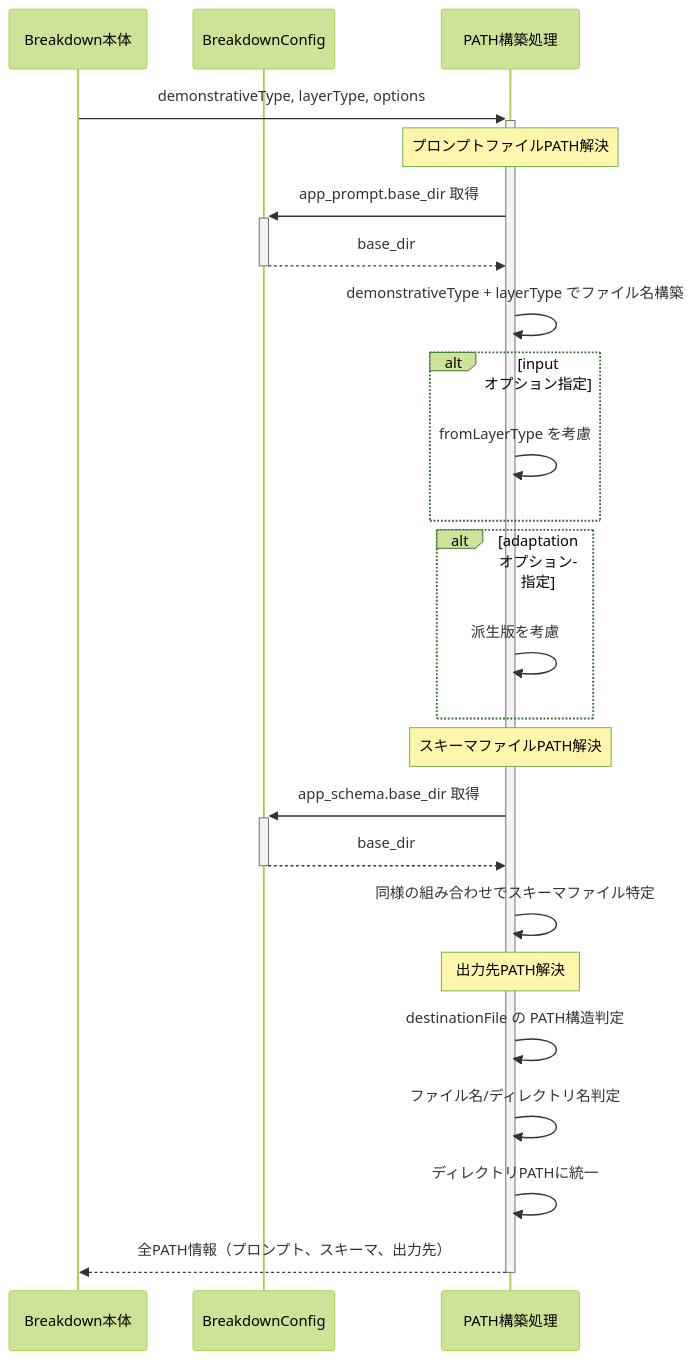
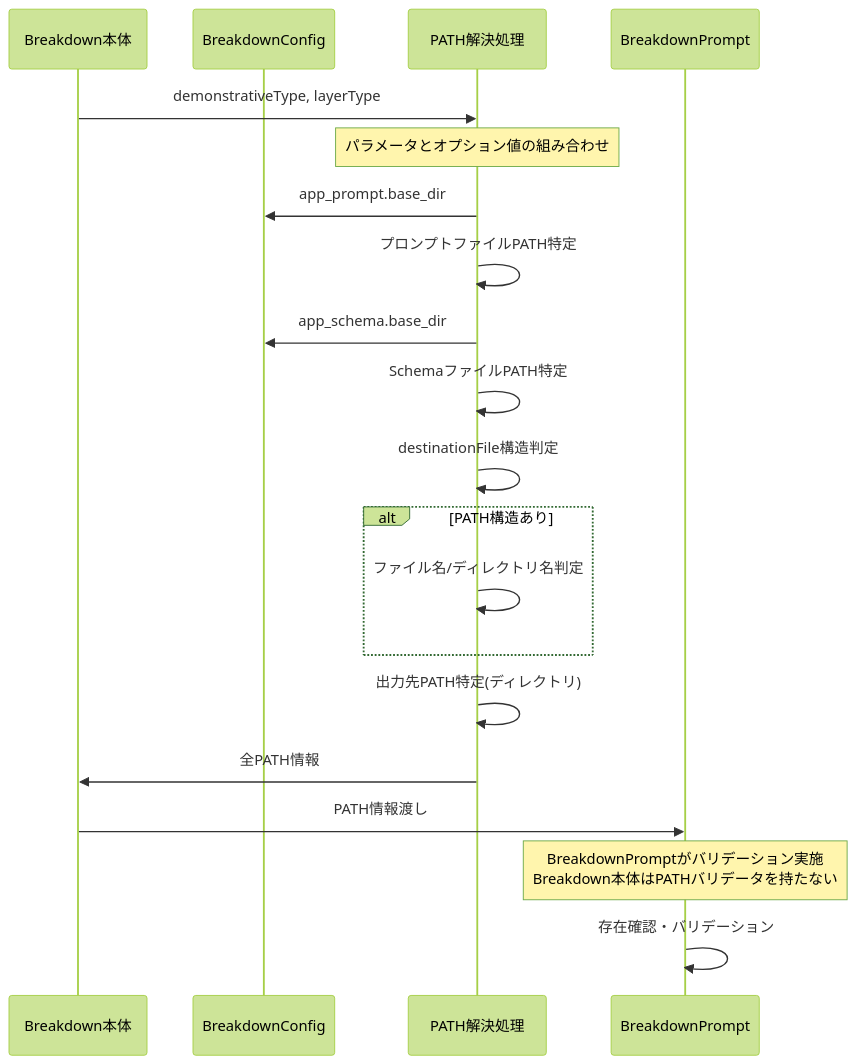
One commit to tettuan/breakdown changed the fourth of 5 diagrams in docs/breakdown/architecture.ja.md. Above: the diagram before and after it, drawn with Mermaid (forest theme). The commit also changed other lines of this file, not shown here.

First line of the commit message:
docs: アーキテクチャ文書に階層別シーケンス図を追加

````diff
--- a/docs/breakdown/architecture.ja.md
+++ b/docs/breakdown/architecture.ja.md
@@ -202,33 +237,28 @@
 ```mermaid
 sequenceDiagram
-    participant CLI as Breakdown本体
+    participant Core as Breakdown本体
     participant Config as BreakdownConfig
-    participant PathBuilder as PATH構築処理
-
-    CLI->>+PathBuilder: demonstrativeType, layerType, options
+    participant PathResolver as PATH解決処理
+    participant Prompt as BreakdownPrompt
     
-    Note over PathBuilder: プロンプトファイルPATH解決
-    PathBuilder->>+Config: app_prompt.base_dir 取得
-    Config-->>-PathBuilder: base_dir
-    PathBuilder->>PathBuilder: demonstrativeType + layerType でファイル名構築
+    Core->>PathResolver: demonstrativeType, layerType
     
-    alt input オプション指定
-        PathBuilder->>PathBuilder: fromLayerType を考慮
+    Note over PathResolver: パラメータとオプション値の組み合わせ
+    PathResolver->>Config: app_prompt.base_dir
+    PathResolver->>PathResolver: プロンプトファイルPATH特定
+    
+    PathResolver->>Config: app_schema.base_dir  
+    PathResolver->>PathResolver: SchemaファイルPATH特定
+    
+    PathResolver->>PathResolver: destinationFile構造判定
+    alt PATH構造あり
+        PathResolver->>PathResolver: ファイル名/ディレクトリ名判定
     end
+    PathResolver->>PathResolver: 出力先PATH特定(ディレクトリ)
     
-    alt adaptation オプション指定
-        PathBuilder->>PathBuilder: 派生版を考慮
-    end
+    PathResolver->>Core: 全PATH情報
+    Core->>Prompt: PATH情報渡し
     
-    Note over PathBuilder: スキーマファイルPATH解決
-    PathBuilder->>+Config: app_schema.base_dir 取得
-    Config-->>-PathBuilder: base_dir
-    PathBuilder->>PathBuilder: 同様の組み合わせでスキーマファイル特定
-    
-    Note over PathBuilder: 出力先PATH解決
-    PathBuilder->>PathBuilder: destinationFile の PATH構造判定
-    PathBuilder->>PathBuilder: ファイル名/ディレクトリ名判定
-    PathBuilder->>PathBuilder: ディレクトリPATHに統一
-    
-    PathBuilder-->>-CLI: 全PATH情報（プロンプト、スキーマ、出力先）
+    Note over Prompt: BreakdownPromptがバリデーション実施<br/>Breakdown本体はPATHバリデータを持たない
+    Prompt->>Prompt: 存在確認・バリデーション
 ```
````
